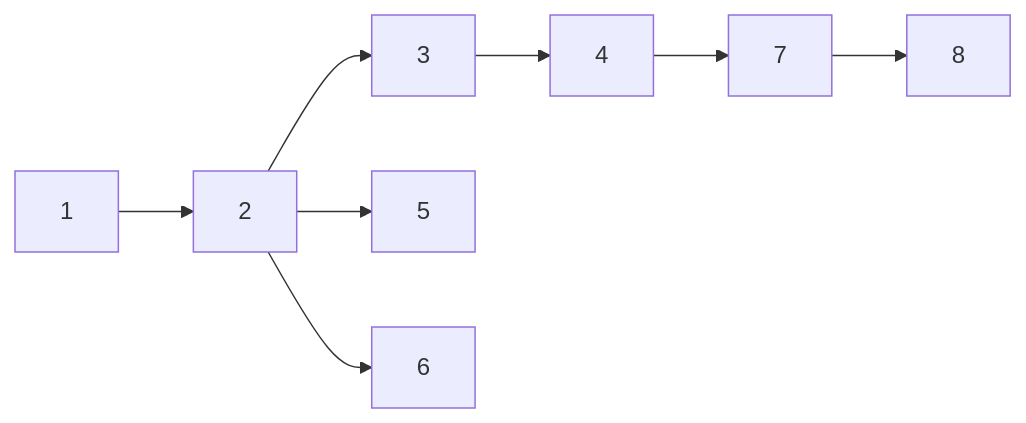
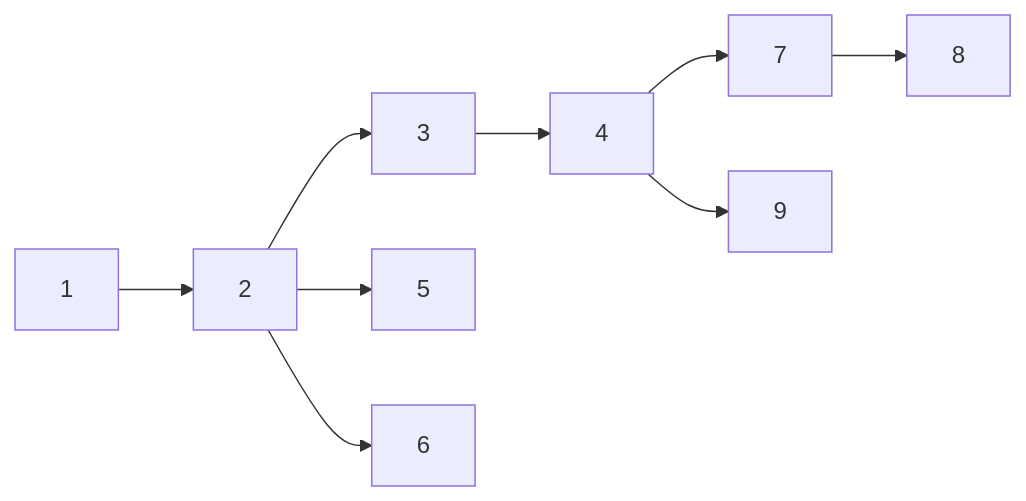
The diagram in docs/specs/issue-536/tasks.md (MadaraUchiha-314/the-loop), drawn with Mermaid before and after one commit. The commit also changed other lines of this file and 26 other files, not shown here.

````diff
--- a/docs/specs/issue-536/tasks.md
+++ b/docs/specs/issue-536/tasks.md
@@ -59,6 +66,7 @@
 ```mermaid
 flowchart LR
     1 --> 2 --> 3 --> 4 --> 7 --> 8
     2 --> 5
     2 --> 6
+    4 --> 9
 ```
````
